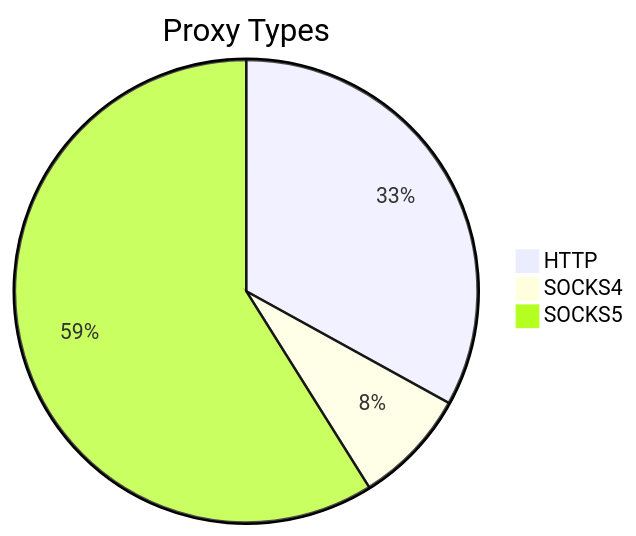
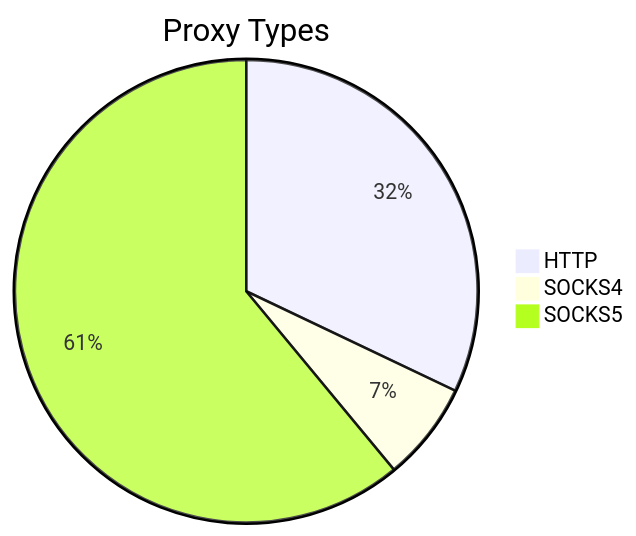
The first of 2 diagrams in README.md (stormsia/proxy-list), drawn with Mermaid before and after one commit. The commit also changed other lines of this file, not shown here.

````diff
--- a/README.md
+++ b/README.md
@@ -21,6 +21,6 @@
 ```mermaid
 pie title Proxy Types
-    "HTTP" : 213
-    "SOCKS4" : 52
-    "SOCKS5" : 380
+    "HTTP" : 102
+    "SOCKS4" : 22
+    "SOCKS5" : 194
 ```
````
